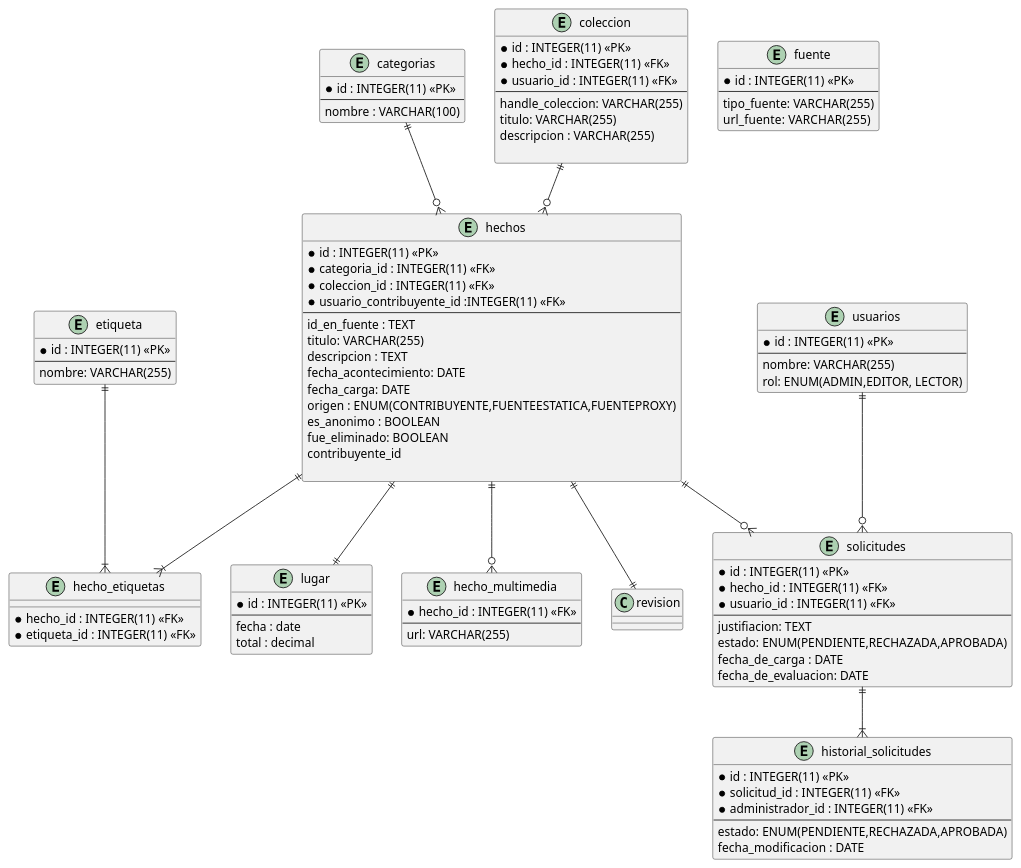
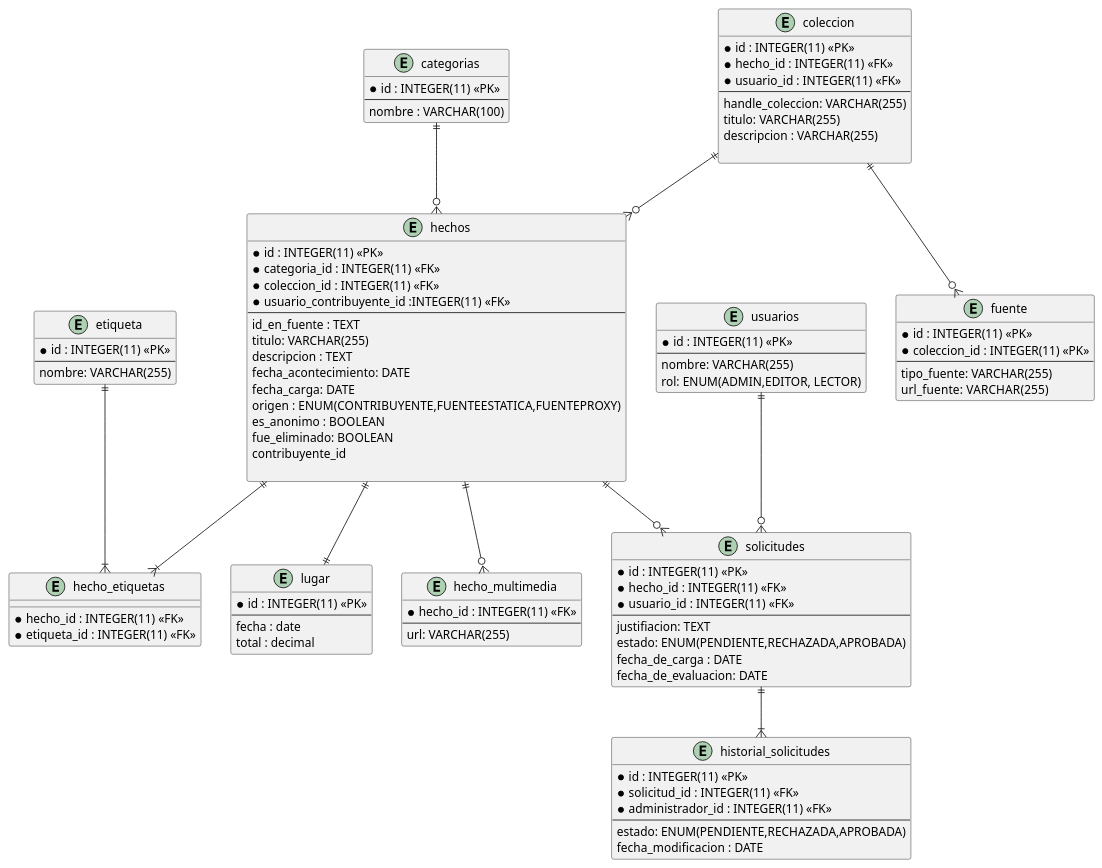
Before and after one commit to vclevy/MetaMapa: the diagram in Diagramas/DER/DERAgregador.puml, drawn with PlantUML.

Commit message:
cambiecitos al der

```diff
--- a/Diagramas/DER/DERAgregador.puml
+++ b/Diagramas/DER/DERAgregador.puml
@@ -1,113 +1,114 @@
 @startuml
 'https://plantuml.com/class-diagram
 
 entity hechos {
   * id : INTEGER(11) «PK»
  * categoria_id : INTEGER(11) «FK»
   * coleccion_id : INTEGER(11) «FK»
  * usuario_contribuyente_id :INTEGER(11) «FK»
   --
   id_en_fuente : TEXT
   titulo: VARCHAR(255)
   descripcion : TEXT
   fecha_acontecimiento: DATE
   fecha_carga: DATE
   origen : ENUM(CONTRIBUYENTE,FUENTEESTATICA,FUENTEPROXY)
   es_anonimo : BOOLEAN
   fue_eliminado: BOOLEAN
   contribuyente_id
 
 }
 
 entity "lugar"  {
   * id : INTEGER(11) «PK»
   --
   fecha : date
   total : decimal
 }
 
 entity "categorias"  {
   *id : INTEGER(11) «PK»
   --
   nombre : VARCHAR(100)
 }
 
 entity coleccion  {
   * id : INTEGER(11) «PK»
   * hecho_id : INTEGER(11) «FK»
     * usuario_id : INTEGER(11) «FK»
 --
 handle_coleccion: VARCHAR(255)
 titulo: VARCHAR(255)
 descripcion : VARCHAR(255)
 
 }
 
 
 entity "hecho_etiquetas" {
   * hecho_id : INTEGER(11) «FK»
  * etiqueta_id : INTEGER(11) «FK»
 }
 
 entity solicitudes  {
   * id : INTEGER(11) «PK»
   * hecho_id : INTEGER(11) «FK»
     * usuario_id : INTEGER(11) «FK»
 --
 justifiacion: TEXT
 estado: ENUM(PENDIENTE,RECHAZADA,APROBADA)
 fecha_de_carga : DATE
 fecha_de_evaluacion: DATE
 }
 
 entity historial_solicitudes  {
   * id : INTEGER(11) «PK»
     * solicitud_id : INTEGER(11) «FK»
     * administrador_id : INTEGER(11) «FK»
 --
 estado: ENUM(PENDIENTE,RECHAZADA,APROBADA)
 fecha_modificacion : DATE
 }
 
 entity "hecho_multimedia" {
   * hecho_id : INTEGER(11) «FK»
   --
   url: VARCHAR(255)
 }
 
 entity etiqueta {
   * id : INTEGER(11) «PK»
   --
   nombre: VARCHAR(255)
 }
 
 entity usuarios {
   * id : INTEGER(11) «PK»
   --
   nombre: VARCHAR(255)
   rol: ENUM(ADMIN,EDITOR, LECTOR)
 }
 
 /' FUENTES '/
 entity fuente {
   * id : INTEGER(11) «PK»
+    * coleccion_id : INTEGER(11) «PK»
   --
   tipo_fuente: VARCHAR(255)
   url_fuente:  VARCHAR(255)
 }
 
 
 
 
 hechos ||--|| lugar
-hechos ||--|| revision
 categorias ||--o{ hechos
 coleccion  ||--o{ hechos
 hechos ||--o{ hecho_multimedia
 hechos ||--o{ solicitudes
 hechos ||--|{ "hecho_etiquetas"
 etiqueta ||--|{ "hecho_etiquetas"
 usuarios ||--o{ solicitudes
 solicitudes ||--|{ historial_solicitudes
+coleccion ||--o{ fuente
 
 @enduml
```
